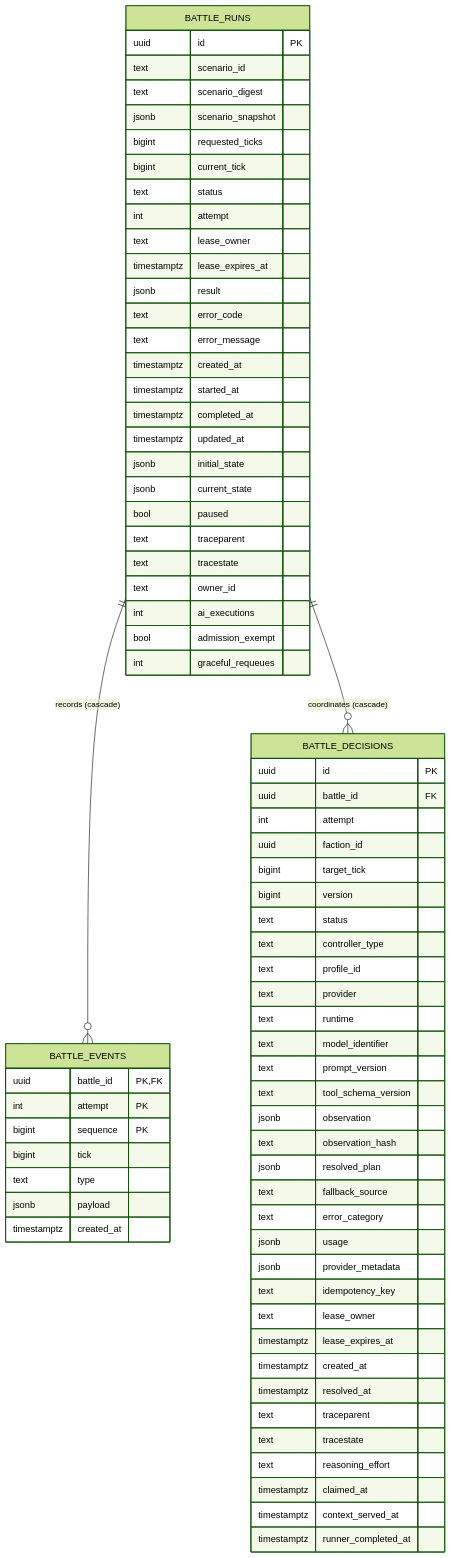
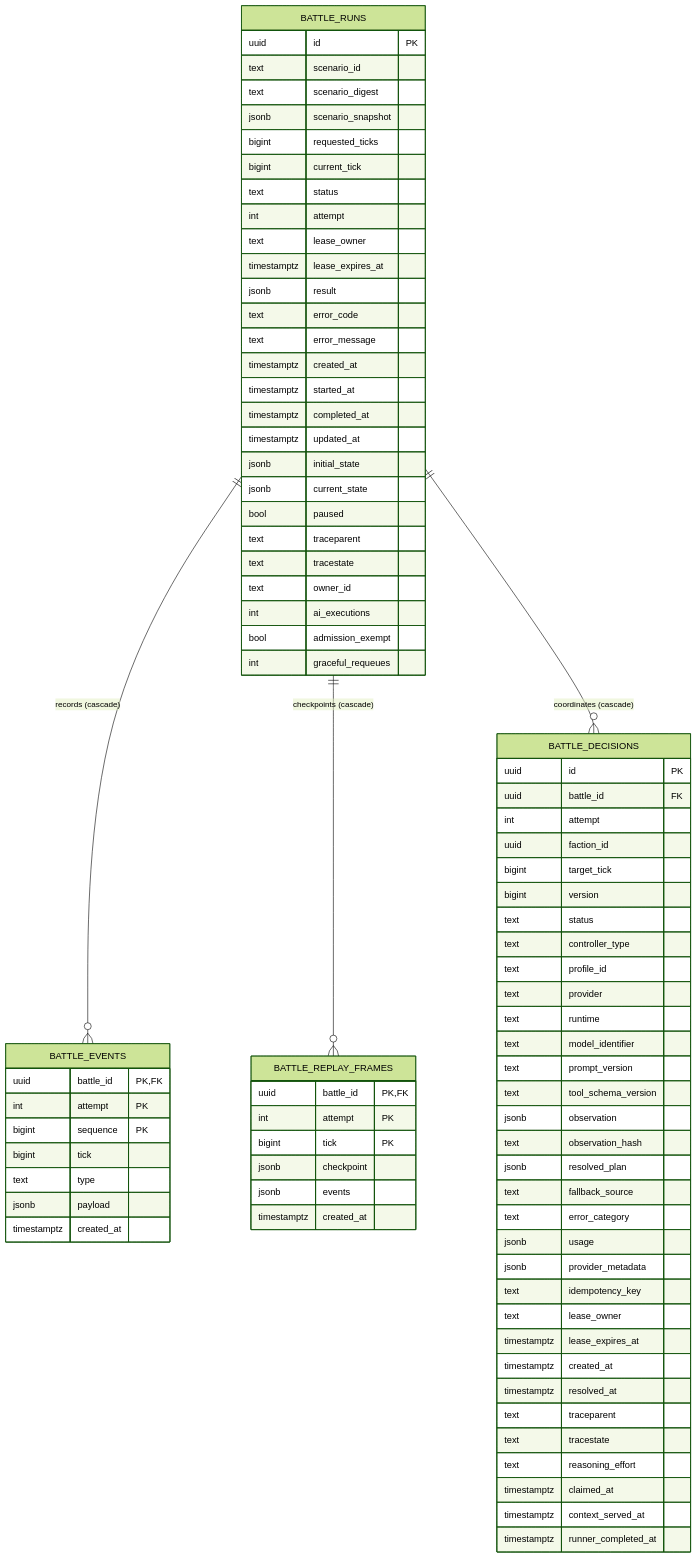
The first of 3 diagrams in docs/architecture/database.md (twhAuto/autonomous_battlefield), drawn with Mermaid (forest theme) before and after one commit. The commit also changed other lines of this file and 27 other files, not shown here.

First line of the commit message:
AB-180: Store decision-window checkpoints and serve battle replay segments

````diff
--- a/docs/architecture/database.md
+++ b/docs/architecture/database.md
@@ -74,6 +75,7 @@
 ```mermaid
 erDiagram
     BATTLE_RUNS ||--o{ BATTLE_EVENTS : "records (cascade)"
+    BATTLE_RUNS ||--o{ BATTLE_REPLAY_FRAMES : "checkpoints (cascade)"
     BATTLE_RUNS ||--o{ BATTLE_DECISIONS : "coordinates (cascade)"
     BATTLE_RUNS {
         uuid id PK
@@ -112,6 +114,14 @@
         jsonb payload
         timestamptz created_at
     }
+    BATTLE_REPLAY_FRAMES {
+        uuid battle_id PK,FK
+        int attempt PK
+        bigint tick PK
+        jsonb checkpoint
+        jsonb events
+        timestamptz created_at
+    }
     BATTLE_DECISIONS {
         uuid id PK
         uuid battle_id FK
````
